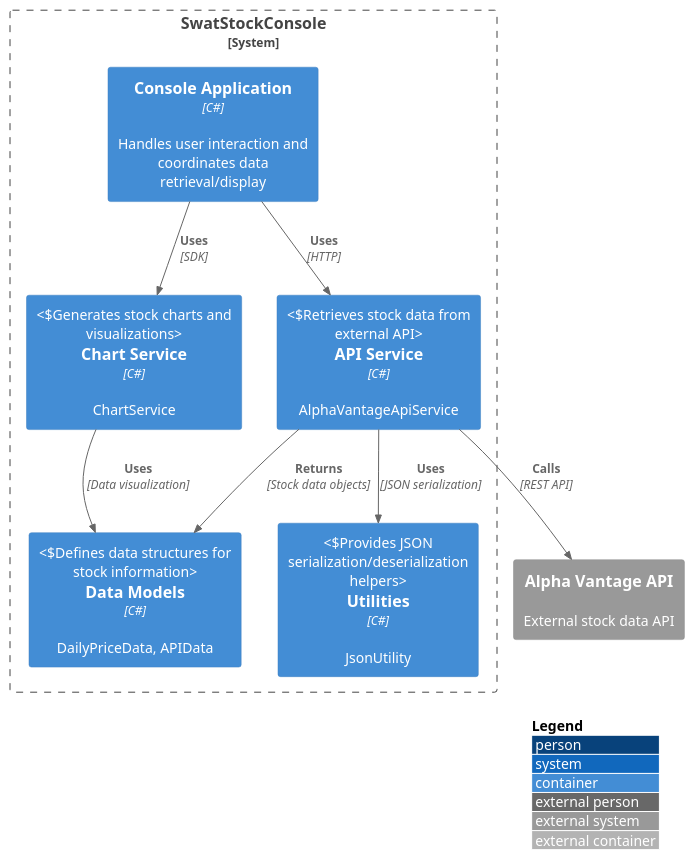
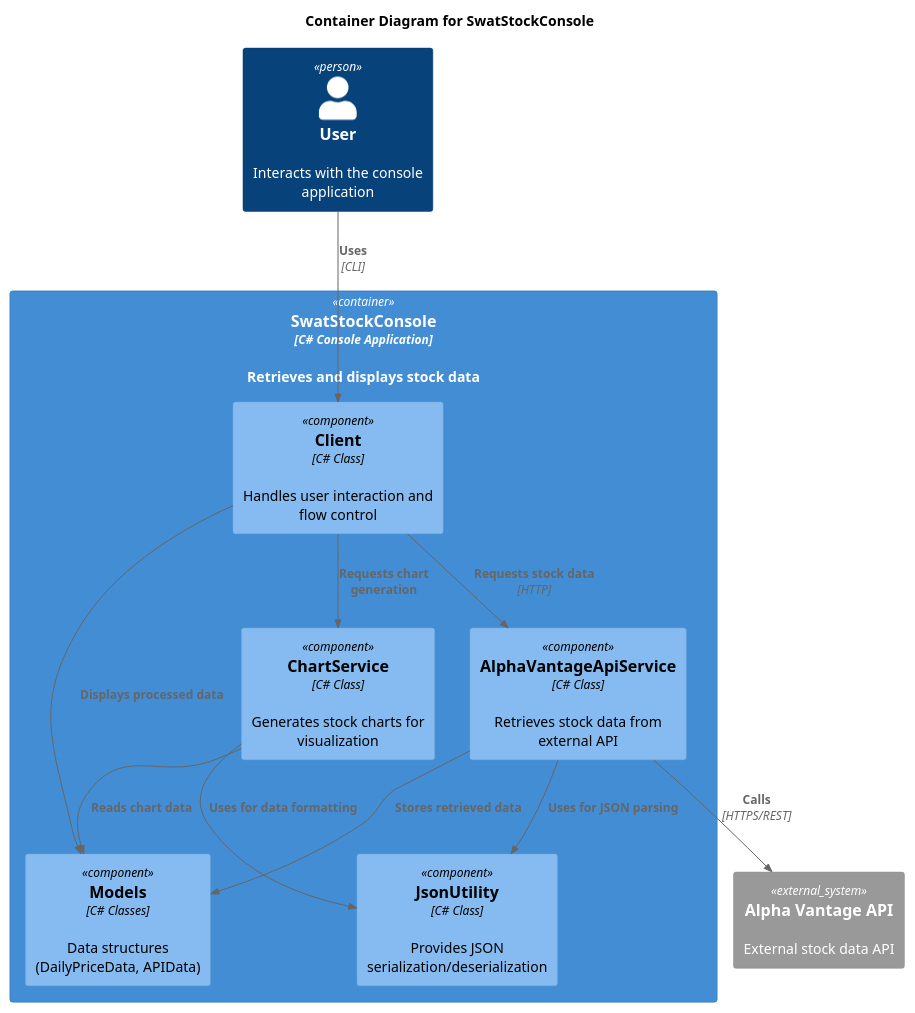
Before and after one commit to ostaubzug/SwatStockConsole: the diagram in docs/c4/diagrams/c4_container.puml, drawn with PlantUML. The commit also changed 6 other files, not shown here.

```diff
--- a/docs/c4/diagrams/c4_container.puml
+++ b/docs/c4/diagrams/c4_container.puml
@@ -1,24 +1,30 @@
 @startuml
 !include https://raw.githubusercontent.com/plantuml-stdlib/C4-PlantUML/master/C4_Container.puml
 !include https://raw.githubusercontent.com/plantuml-stdlib/C4-PlantUML/master/C4_Component.puml
 !include https://raw.githubusercontent.com/plantuml-stdlib/C4-PlantUML/master/C4_Container.puml
 
-LAYOUT_WITH_LEGEND()
+title Container Diagram for SwatStockConsole
 
-System_Boundary(c1, "SwatStockConsole") {
-    Container(console, "Console Application", "C#", "Handles user interaction and coordinates data retrieval/display")    
-    Container(api, "API Service", "C#", "AlphaVantageApiService", "Retrieves stock data from external API")
-    Container(chart, "Chart Service", "C#", "ChartService", "Generates stock charts and visualizations")
-    Container(models, "Data Models", "C#", "DailyPriceData, APIData", "Defines data structures for stock information")
-    Container(utils, "Utilities", "C#", "JsonUtility", "Provides JSON serialization/deserialization helpers")
+Person(user, "User", "Interacts with the console application")
+
+Container(console_app, "SwatStockConsole", "C# Console Application", "Retrieves and displays stock data") {
+    Component(client, "Client", "C# Class", "Handles user interaction and flow control")
+    Component(api_service, "AlphaVantageApiService", "C# Class", "Retrieves stock data from external API")
+    Component(chart_service, "ChartService", "C# Class", "Generates stock charts for visualization")
+    Component(models, "Models", "C# Classes", "Data structures (DailyPriceData, APIData)")
+    Component(json_util, "JsonUtility", "C# Class", "Provides JSON serialization/deserialization")
 }
 
 System_Ext(alpha_vantage, "Alpha Vantage API", "External stock data API")
 
-Rel(console, api, "Uses", "HTTP")
-Rel(console, chart, "Uses", "SDK")
-Rel(api, alpha_vantage, "Calls", "REST API")
-Rel(api, utils, "Uses", "JSON serialization")
-Rel(api, models, "Returns", "Stock data objects")
-Rel(chart, models, "Uses", "Data visualization")
+Rel(user, client, "Uses", "CLI")
+Rel(client, api_service, "Requests stock data", "HTTP")
+Rel(api_service, alpha_vantage, "Calls", "HTTPS/REST")
+Rel(api_service, json_util, "Uses for JSON parsing", "")
+Rel(api_service, models, "Stores retrieved data", "")
+Rel(client, chart_service, "Requests chart generation", "")
+Rel(chart_service, models, "Reads chart data", "")
+Rel(chart_service, json_util, "Uses for data formatting", "")
+Rel(client, models, "Displays processed data", "")
+
 @enduml
```
